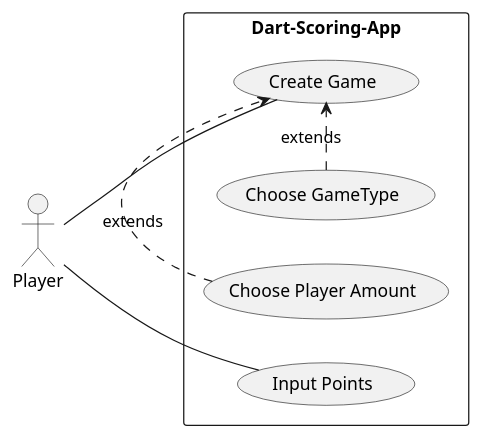
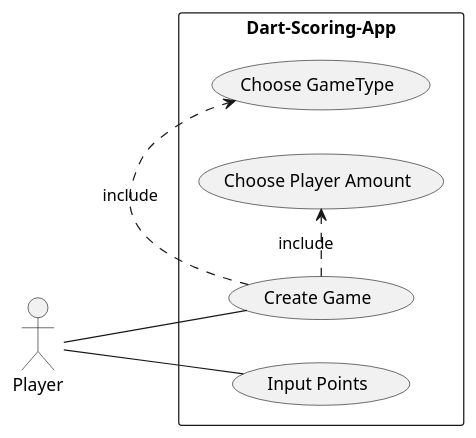
One commit to 2223-3bhif-syp/Dart-Scoring-App changed the diagram in asciidocs/UCD.adoc. Above: the diagram before and after it, drawn with PlantUML. The commit also changed 6 other files, not shown here.

```diff
--- a/asciidocs/UCD.adoc
+++ b/asciidocs/UCD.adoc
@@ -1,18 +1,18 @@
 [plantuml, target=Use-Case-Diagramm, format=png]
 ....
 left to right direction
 
 actor "Player" as pl
 
 rectangle Dart-Scoring-App {
     usecase "Create Game" as cg
     usecase "Input Points" as ip
     usecase "Choose GameType" as cgt
     usecase "Choose Player Amount" as cpa
 
     pl -- cg
     pl -- ip
-    cgt .> cg : extends
-    cpa .> cg : extends
+    cg .> cgt : include
+    cg .> cpa : include
 }
 ....
```
